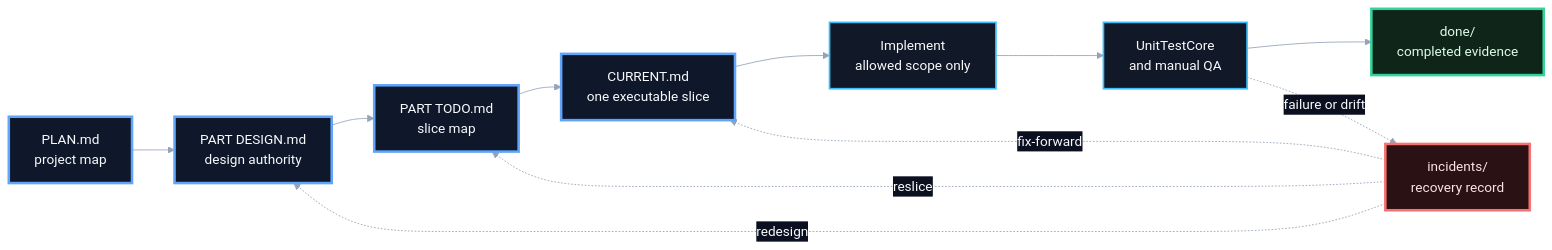
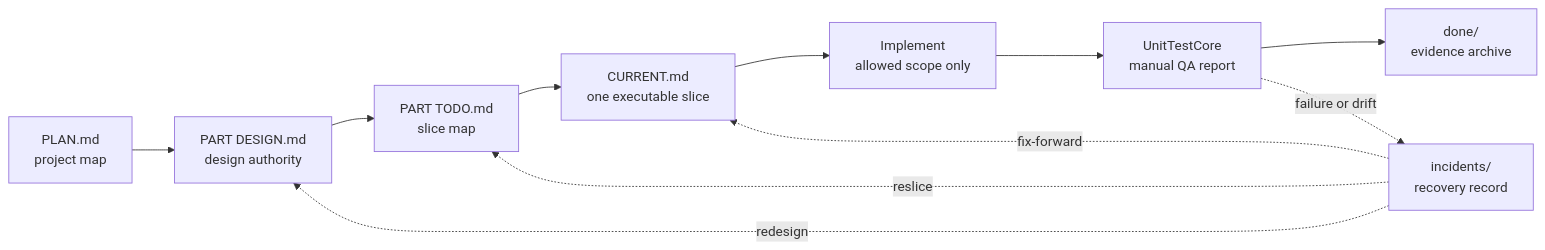
One commit to Silavater/.self_skills changed the diagram in skills/dev/beacon-dev-workflow/references/workflow-structure.md. Above: the diagram before and after it, drawn with Mermaid. The commit also changed other lines of this file, not shown here.

````diff
--- a/skills/dev/beacon-dev-workflow/references/workflow-structure.md
+++ b/skills/dev/beacon-dev-workflow/references/workflow-structure.md
@@ -9,38 +8,13 @@
 ```mermaid
----
-config:
-  theme: base
-  layout: dagre
-  themeVariables:
-    primaryColor: "#111827"
-    primaryBorderColor: "#60a5fa"
-    primaryTextColor: "#f8fafc"
-    secondaryColor: "#0f172a"
-    tertiaryColor: "#1f2937"
-    lineColor: "#94a3b8"
-    edgeLabelBackground: "#0b1020"
-    clusterBkg: "#050816"
-    clusterBorder: "#334155"
----
 flowchart LR
-    Plan[PLAN.md<br/>project map] --> Design[PART DESIGN.md<br/>design authority]
-    Design --> Todo[PART TODO.md<br/>slice map]
-    Todo --> Current[CURRENT.md<br/>one executable slice]
-    Current --> Work[Implement<br/>allowed scope only]
-    Work --> Verify[UnitTestCore<br/>and manual QA]
-    Verify --> Done[done/<br/>completed evidence]
-    Verify -.->|failure or drift| Incident[incidents/<br/>recovery record]
+    Plan["PLAN.md<br/>project map"] --> Design["PART DESIGN.md<br/>design authority"]
+    Design --> Todo["PART TODO.md<br/>slice map"]
+    Todo --> Current["CURRENT.md<br/>one executable slice"]
+    Current --> Work["Implement<br/>allowed scope only"]
+    Work --> Verify["UnitTestCore<br/>manual QA report"]
+    Verify --> Done["done/<br/>evidence archive"]
+    Verify -.->|failure or drift| Incident["incidents/<br/>recovery record"]
     Incident -.->|fix-forward| Current
     Incident -.->|reslice| Todo
     Incident -.->|redesign| Design
-
-    classDef action fill:#111827,stroke:#38bdf8,stroke-width:2px,color:#f8fafc
-    classDef authority fill:#0f172a,stroke:#60a5fa,stroke-width:3px,color:#f8fafc
-    classDef stop fill:#2a1114,stroke:#f87171,stroke-width:3px,color:#fee2e2
-    classDef done fill:#10251a,stroke:#34d399,stroke-width:3px,color:#dcfce7
-
-    class Plan,Design,Todo,Current authority
-    class Work,Verify action
-    class Incident stop
-    class Done done
 ```
````
